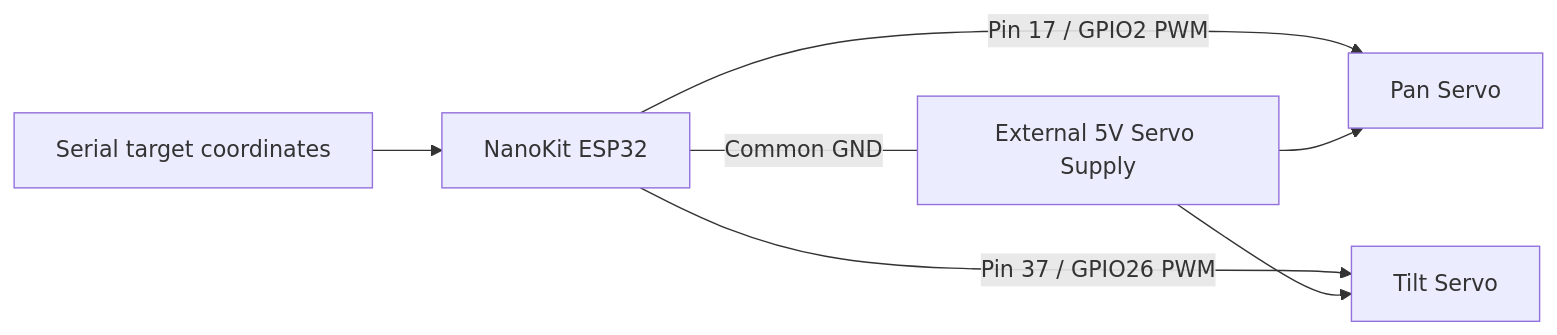
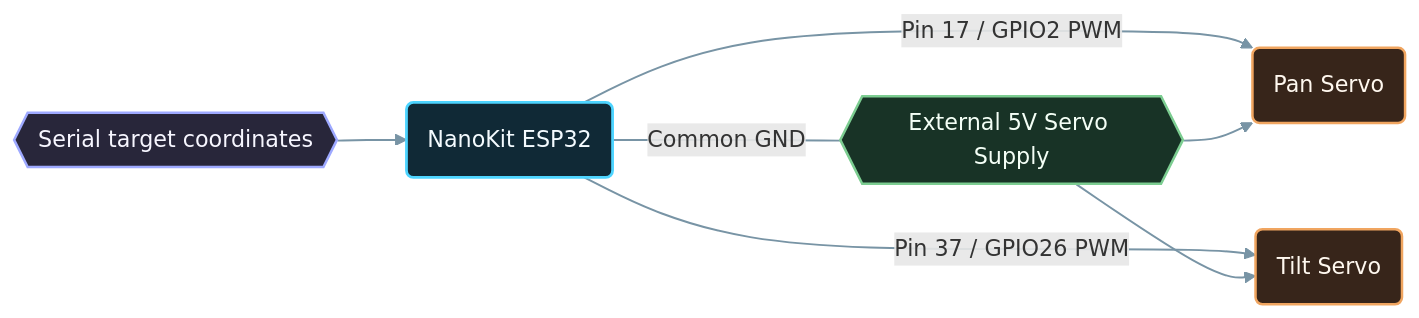
One commit to ProAmineOfficial/NanoKit-ESP32 changed the diagram in examples_on_platformio/camera_tracking/images/connection-diagram.md. Above: the diagram before and after it, drawn with Mermaid. The commit also changed 15 other files, not shown here.

Commit message:
docs: apply semantic Mermaid styling

````diff
--- a/examples_on_platformio/camera_tracking/images/connection-diagram.md
+++ b/examples_on_platformio/camera_tracking/images/connection-diagram.md
@@ -5,9 +5,19 @@
 ```mermaid
 flowchart LR
-  VISION[Serial target coordinates] --> NK[NanoKit ESP32]
-  NK -->|Pin 17 / GPIO2 PWM| PAN[Pan Servo]
-  NK -->|Pin 37 / GPIO26 PWM| TILT[Tilt Servo]
-  SUPPLY[External 5V Servo Supply] --> PAN
+  VISION{{Serial target coordinates}} --> NK("NanoKit ESP32")
+  NK -->|Pin 17 / GPIO2 PWM| PAN("Pan Servo")
+  NK -->|Pin 37 / GPIO26 PWM| TILT("Tilt Servo")
+  SUPPLY{{External 5V Servo Supply}} --> PAN
   SUPPLY --> TILT
   NK ---|Common GND| SUPPLY
+
+  classDef controller fill:#102936,stroke:#4dd4ff,stroke-width:2px,color:#f4fbff
+  classDef external fill:#28263a,stroke:#9ea9ff,stroke-width:1.8px,color:#f7f6ff
+  classDef actuator fill:#37251a,stroke:#f0a560,stroke-width:1.8px,color:#fff8ef
+  classDef power fill:#183326,stroke:#7ccd91,stroke-width:1.8px,color:#f4fff6
+  class NK controller
+  class VISION external
+  class PAN,TILT actuator
+  class SUPPLY power
+  linkStyle default stroke:#7894a5,stroke-width:1.4px
 ```
````
